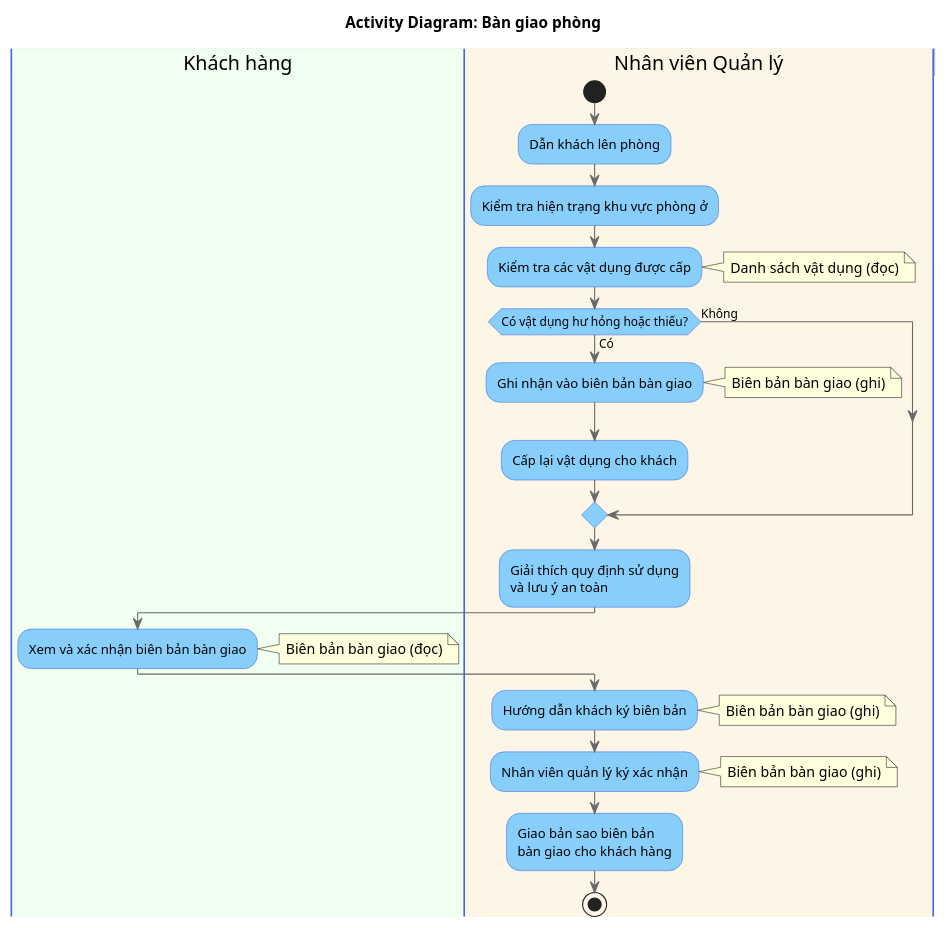
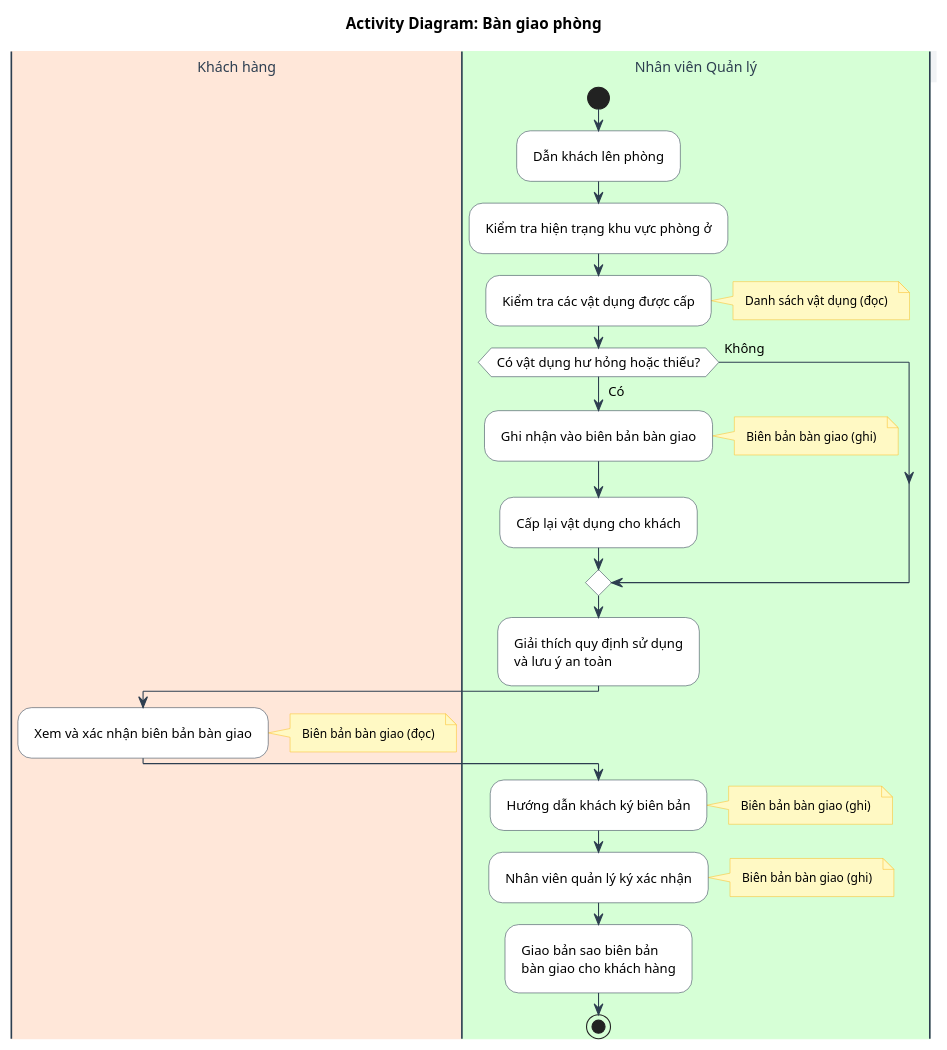
One commit to Gnourt812005/HCMUS-Analyze-and-desgin-IS changed the diagram in doc/business/activity/ban_giao_phong.wsd. Above: the diagram before and after it, drawn with PlantUML. The commit also changed 11 other files, not shown here.

```diff
--- a/doc/business/activity/ban_giao_phong.wsd
+++ b/doc/business/activity/ban_giao_phong.wsd
@@ -1,70 +1,81 @@
-@startuml
+@startuml BanGiaoPhong
 title Activity Diagram: Bàn giao phòng
 
-' --- CẤU HÌNH GIAO DIỆN ---
-skinparam activity {
-    BackgroundColor LightSkyBlue
-    BorderColor RoyalBlue
-    ArrowColor DimGray
-}
-skinparam swimlane {
-    BorderColor RoyalBlue
-    TitleBackgroundColor LightSteelBlue
+' --- STYLE CONFIGURATION ---
+skinparam {
+    ActivityBackgroundColor White
+    ActivityBorderColor #2D3E50
+    ArrowColor #2D3E50
+    DefaultFontName "Arial"
+    DefaultFontSize 12
+    Padding 5
+
+    ' Swimlane styling
+    SwimlaneBorderColor #2D3E50
+    SwimlaneTitleBackgroundColor #F1F3F5
+    SwimlaneTitleFontSize 13
+    SwimlaneTitleFontColor #2D3E50
+    
+    ' Note styling
+    NoteBackgroundColor #FFF9C4
+    NoteBorderColor #FBC02D
+    NoteFontSize 11
 }
 
-' --- SWIMLANE ---
-|#HoneyDew|Khách hàng|
-|#OldLace|Nhân viên Quản lý|
+' --- SWIMLANES ---
+|#FFE7D9|Khách hàng|
+|#D6FFD6|Nhân viên Quản lý|
+
 
 
 |Nhân viên Quản lý|
 start
 :Dẫn khách lên phòng;
 
 :Kiểm tra hiện trạng khu vực phòng ở;
 
 :Kiểm tra các vật dụng được cấp;
 note right
     Danh sách vật dụng (đọc)
 end note
 
 if (Có vật dụng hư hỏng hoặc thiếu?) then (Có)
 
     :Ghi nhận vào biên bản bàn giao;
     note right
         Biên bản bàn giao (ghi)
     end note
 
     :Cấp lại vật dụng cho khách;
 
 else (Không)
 
 endif
 
 :Giải thích quy định sử dụng\nvà lưu ý an toàn;
 
 
 |Khách hàng|
 :Xem và xác nhận biên bản bàn giao;
 note right
     Biên bản bàn giao (đọc)
 end note
 
 
 |Nhân viên Quản lý|
 :Hướng dẫn khách ký biên bản;
 note right
     Biên bản bàn giao (ghi)
 end note
 
 
 :Nhân viên quản lý ký xác nhận;
 note right
     Biên bản bàn giao (ghi)
 end note
 
 
 :Giao bản sao biên bản \nbàn giao cho khách hàng;
 stop
 
 @enduml
```
